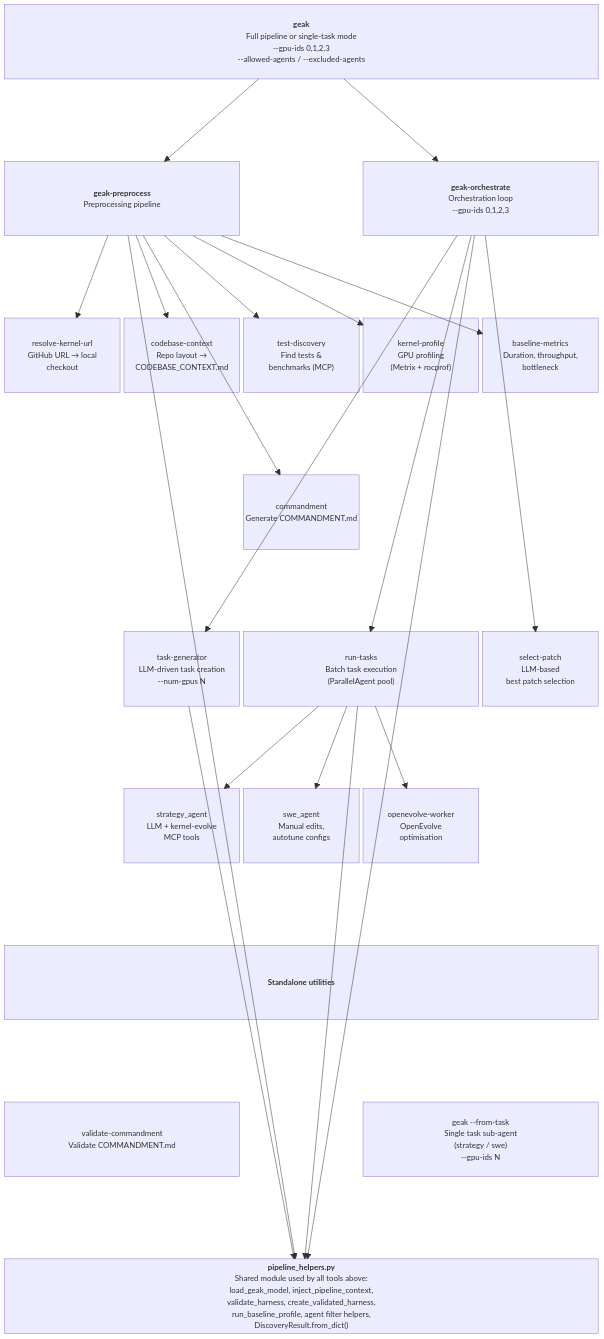
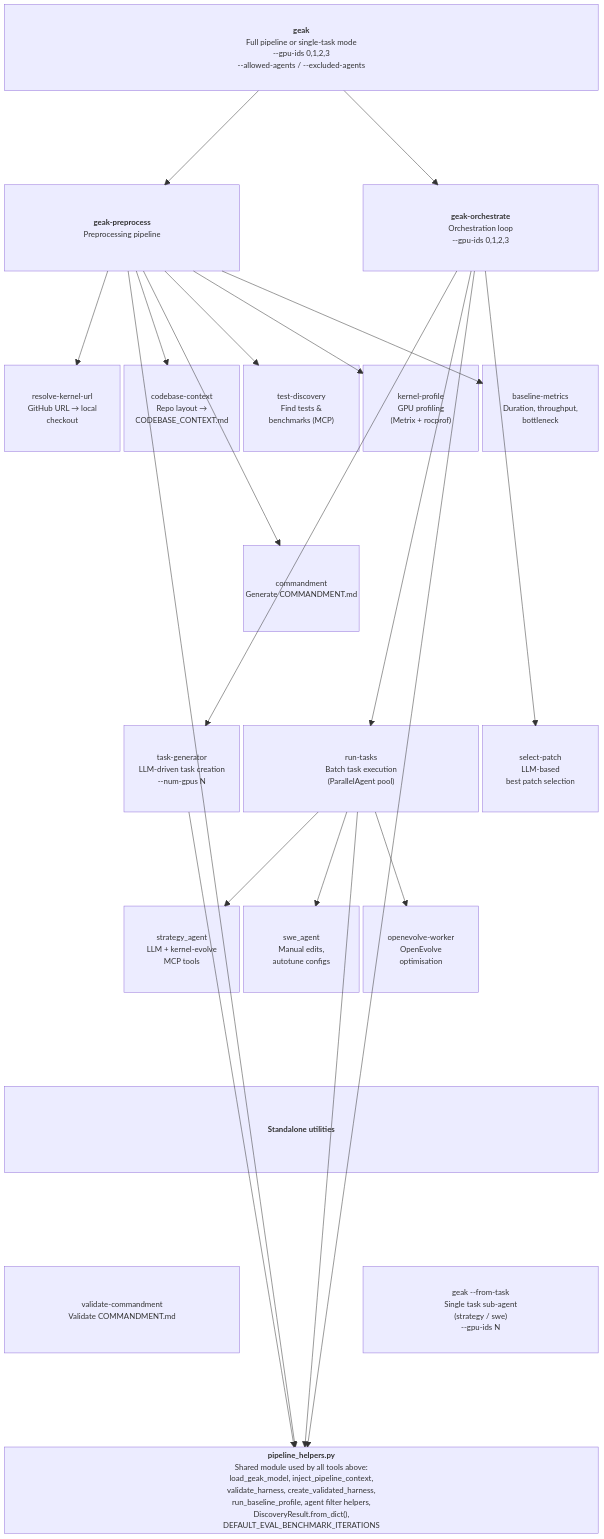
Before and after one commit to AMD-AGI/GEAK: the diagram in docs/tools.md, drawn with Mermaid. The commit also changed 14 other files, not shown here.

First line of the commit message:
Consistent benchmark iterations and patch artifact exclusions

````diff
--- a/docs/tools.md
+++ b/docs/tools.md
@@ -3,74 +3,74 @@
 ```mermaid
 block-beta
     columns 5
 
     geak["<b>geak</b>\nFull pipeline or single-task mode\n--gpu-ids 0,1,2,3\n--allowed-agents / --excluded-agents"]:5
 
     space:5
 
     geak_preprocess["<b>geak-preprocess</b>\nPreprocessing pipeline"]:2
     space
     geak_orchestrate["<b>geak-orchestrate</b>\nOrchestration loop\n--gpu-ids 0,1,2,3"]:2
 
     space:5
 
     resolve["resolve-kernel-url\nGitHub URL → local\ncheckout"]
     context["codebase-context\nRepo layout →\nCODEBASE_CONTEXT.md"]
     discover["test-discovery\nFind tests &\nbenchmarks (MCP)"]
     profile["kernel-profile\nGPU profiling\n(Metrix + rocprof)"]
     baseline["baseline-metrics\nDuration, throughput,\nbottleneck"]
 
     space:5
 
     space:2
     commandment["commandment\nGenerate COMMANDMENT.md"]:1
     space:2
 
     space:5
 
     space
     task_gen["task-generator\nLLM-driven task creation\n--num-gpus N"]
     run_tasks["run-tasks\nBatch task execution\n(ParallelAgent pool)"]:2
     select_patch["select-patch\nLLM-based\nbest patch selection"]
 
     space:5
 
     space
     strategy["strategy_agent\nLLM + kernel-evolve\nMCP tools"]
     swe["swe_agent\nManual edits,\nautotune configs"]
     openevolve["openevolve-worker\nOpenEvolve\noptimisation"]
     space
 
     space:5
 
     standalone["<b>Standalone utilities</b>"]:5
 
     space:5
 
     validate["validate-commandment\nValidate COMMANDMENT.md"]:2
     space
     geak_task["geak --from-task\nSingle task sub-agent\n(strategy / swe)\n--gpu-ids N"]:2
 
     space:5
 
-    shared["<b>pipeline_helpers.py</b>\nShared module used by all tools above:\nload_geak_model, inject_pipeline_context,\nvalidate_harness, create_validated_harness,\nrun_baseline_profile, agent filter helpers,\nDiscoveryResult.from_dict()"]:5
+    shared["<b>pipeline_helpers.py</b>\nShared module used by all tools above:\nload_geak_model, inject_pipeline_context,\nvalidate_harness, create_validated_harness,\nrun_baseline_profile, agent filter helpers,\nDiscoveryResult.from_dict(),\nDEFAULT_EVAL_BENCHMARK_ITERATIONS"]:5
 
     geak --> geak_preprocess
     geak --> geak_orchestrate
     geak_preprocess --> resolve
     geak_preprocess --> context
     geak_preprocess --> discover
     geak_preprocess --> profile
     geak_preprocess --> baseline
     geak_preprocess --> commandment
     geak_orchestrate --> task_gen
     geak_orchestrate --> run_tasks
     geak_orchestrate --> select_patch
     run_tasks --> strategy
     run_tasks --> swe
     run_tasks --> openevolve
     geak_preprocess --> shared
     geak_orchestrate --> shared
     run_tasks --> shared
     task_gen --> shared
 ```
````
